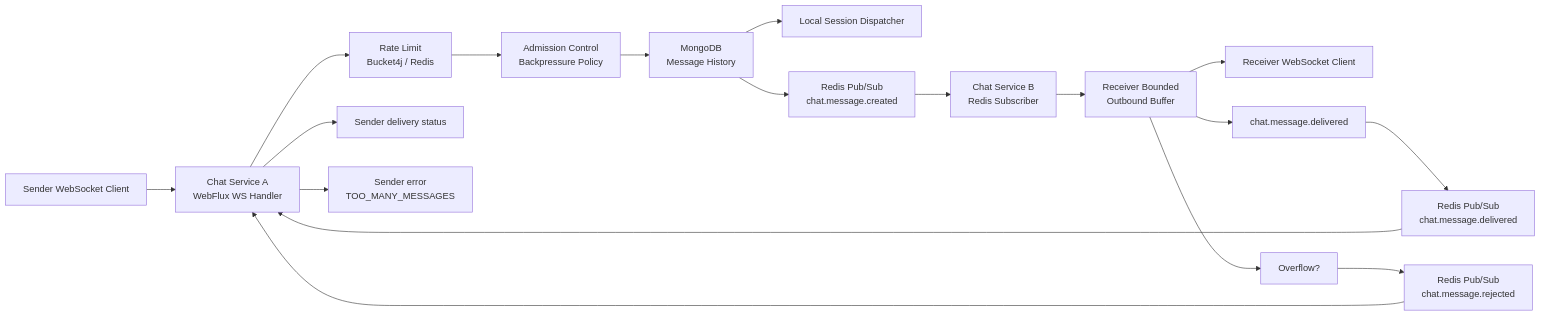
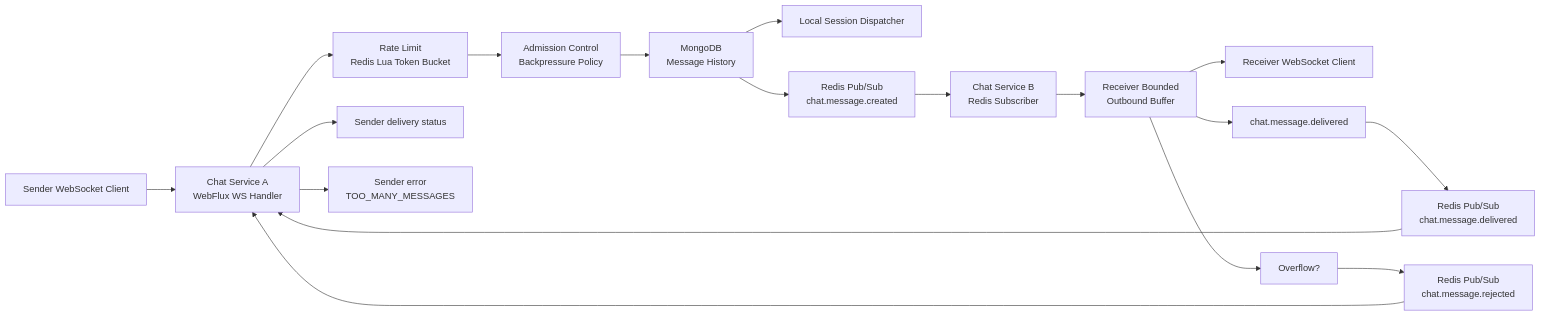
One commit to Ichiteru/distributed-system-solutions changed the diagram in docs/reactive-chat-service-architecture.md. Above: the diagram before and after it, drawn with Mermaid. The commit also changed other lines of this file and 7 other files, not shown here.

````diff
--- a/docs/reactive-chat-service-architecture.md
+++ b/docs/reactive-chat-service-architecture.md
@@ -19,25 +19,25 @@
 ```mermaid
 flowchart LR
     Sender["Sender WebSocket Client"] --> A["Chat Service A<br/>WebFlux WS Handler"]
 
-    A --> RL["Rate Limit<br/>Bucket4j / Redis"]
+    A --> RL["Rate Limit<br/>Redis Lua Token Bucket"]
     RL --> BP["Admission Control<br/>Backpressure Policy"]
     BP --> Mongo["MongoDB<br/>Message History"]
 
     Mongo --> LocalDispatchA["Local Session Dispatcher"]
     Mongo --> RedisCreated["Redis Pub/Sub<br/>chat.message.created"]
 
     RedisCreated --> B["Chat Service B<br/>Redis Subscriber"]
     B --> QueueB["Receiver Bounded<br/>Outbound Buffer"]
     QueueB --> Receiver["Receiver WebSocket Client"]
 
     QueueB --> Delivered["chat.message.delivered"]
     Delivered --> RedisDelivered["Redis Pub/Sub<br/>chat.message.delivered"]
     RedisDelivered --> A
     A --> SenderStatus["Sender delivery status"]
 
     QueueB --> Overflow["Overflow?"]
     Overflow --> RejectRedis["Redis Pub/Sub<br/>chat.message.rejected"]
     RejectRedis --> A
     A --> SenderError["Sender error<br/>TOO_MANY_MESSAGES"]
 ```
````
